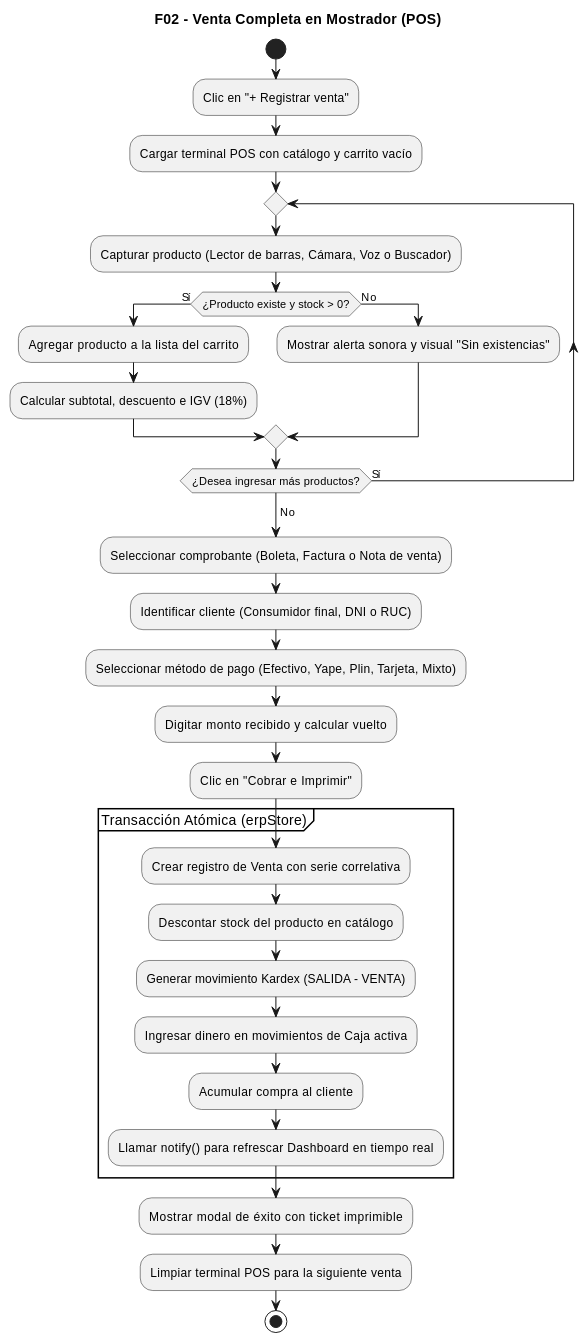
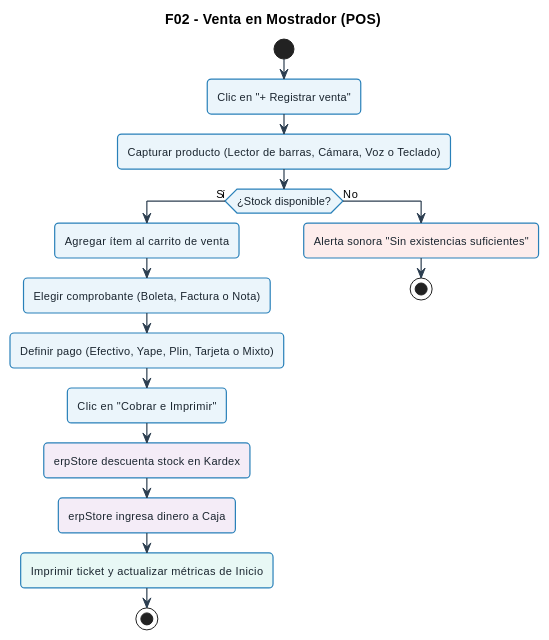
The second of 11 diagrams in docs/UML-flujos/flujos-consolidados-kipu.md (xmenil/ERP-KIPUS), drawn with PlantUML before and after one commit. The commit also changed other lines of this file and 23 other files, not shown here.

Commit message:
docs(uml): simplificar flujos con estilo Bizagi BPMN coloreado y regenerar imagenes PNG

````diff
--- a/docs/UML-flujos/flujos-consolidados-kipu.md
+++ b/docs/UML-flujos/flujos-consolidados-kipu.md
@@ -134,42 +112,49 @@
 ```plantuml
 @startuml
-skinparam monochrome true
+skinparam defaultFontName "Segoe UI", Arial, sans-serif
+skinparam defaultFontSize 11
+skinparam roundCorner 8
 skinparam shadowing false
+skinparam ArrowColor #2C3E50
+skinparam ArrowThickness 1.2
 
-title F02 - Venta Completa en Mostrador (POS)
+skinparam activity {
+  BackgroundColor #EBF5FB
+  BorderColor #2980B9
+  BorderThickness 1.2
+  FontColor #1A252F
+}
+skinparam decision {
+  BackgroundColor #FEF9E7
+  BorderColor #F39C12
+  BorderThickness 1.2
+  FontColor #7D6608
+}
+skinparam start {
+  Color #27AE60
+}
+skinparam stop {
+  Color #C0392B
+}
+
+title F02 - Venta en Mostrador (POS)
 
 start
 :Clic en "+ Registrar venta";
-:Cargar terminal POS con catálogo y carrito vacío;
+:Capturar producto (Lector de barras, Cámara, Voz o Teclado);
 
-repeat
-  :Capturar producto (Lector de barras, Cámara, Voz o Buscador);
-  if (¿Producto existe y stock > 0?) then (Sí)
-    :Agregar producto a la lista del carrito;
-    :Calcular subtotal, descuento e IGV (18%);
-  else (No)
-    :Mostrar alerta sonora y visual "Sin existencias";
-  endif
-repeat while (¿Desea ingresar más productos?) is (Sí)
-->No;
-
-:Seleccionar comprobante (Boleta, Factura o Nota de venta);
-:Identificar cliente (Consumidor final, DNI o RUC);
-:Seleccionar método de pago (Efectivo, Yape, Plin, Tarjeta, Mixto);
-:Digitar monto recibido y calcular vuelto;
-:Clic en "Cobrar e Imprimir";
-
-partition "Transacción Atómica (erpStore)" {
-  :Crear registro de Venta con serie correlativa;
-  :Descontar stock del producto en catálogo;
-  :Generar movimiento Kardex (SALIDA - VENTA);
-  :Ingresar dinero en movimientos de Caja activa;
-  :Acumular compra al cliente;
-  :Llamar notify() para refrescar Dashboard en tiempo real;
-}
-
-:Mostrar modal de éxito con ticket imprimible;
-:Limpiar terminal POS para la siguiente venta;
-stop
+if (¿Stock disponible?) then (Sí)
+  :Agregar ítem al carrito de venta;
+  :Elegir comprobante (Boleta, Factura o Nota);
+  :Definir pago (Efectivo, Yape, Plin, Tarjeta o Mixto);
+  :Clic en "Cobrar e Imprimir";
+  #F4ECF7:erpStore descuenta stock en Kardex;
+  #F4ECF7:erpStore ingresa dinero a Caja;
+  #E8F8F5:Imprimir ticket y actualizar métricas de Inicio;
+  stop
+else (No)
+  #FDEDEC:Alerta sonora "Sin existencias suficientes";
+  stop
+endif
 @enduml
 ```
````
